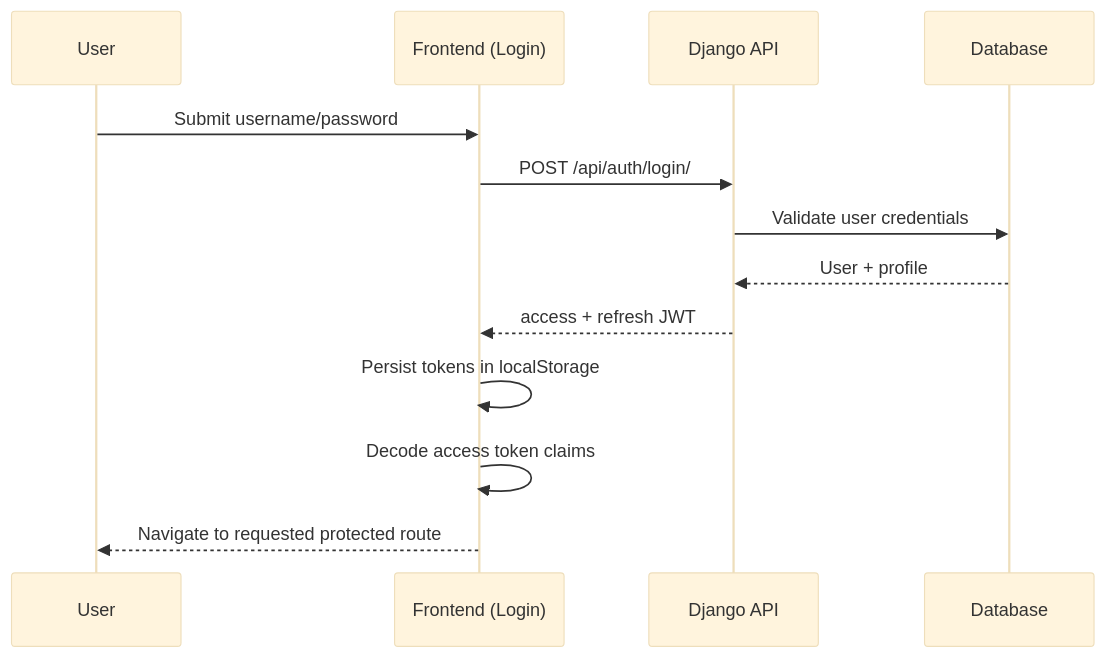
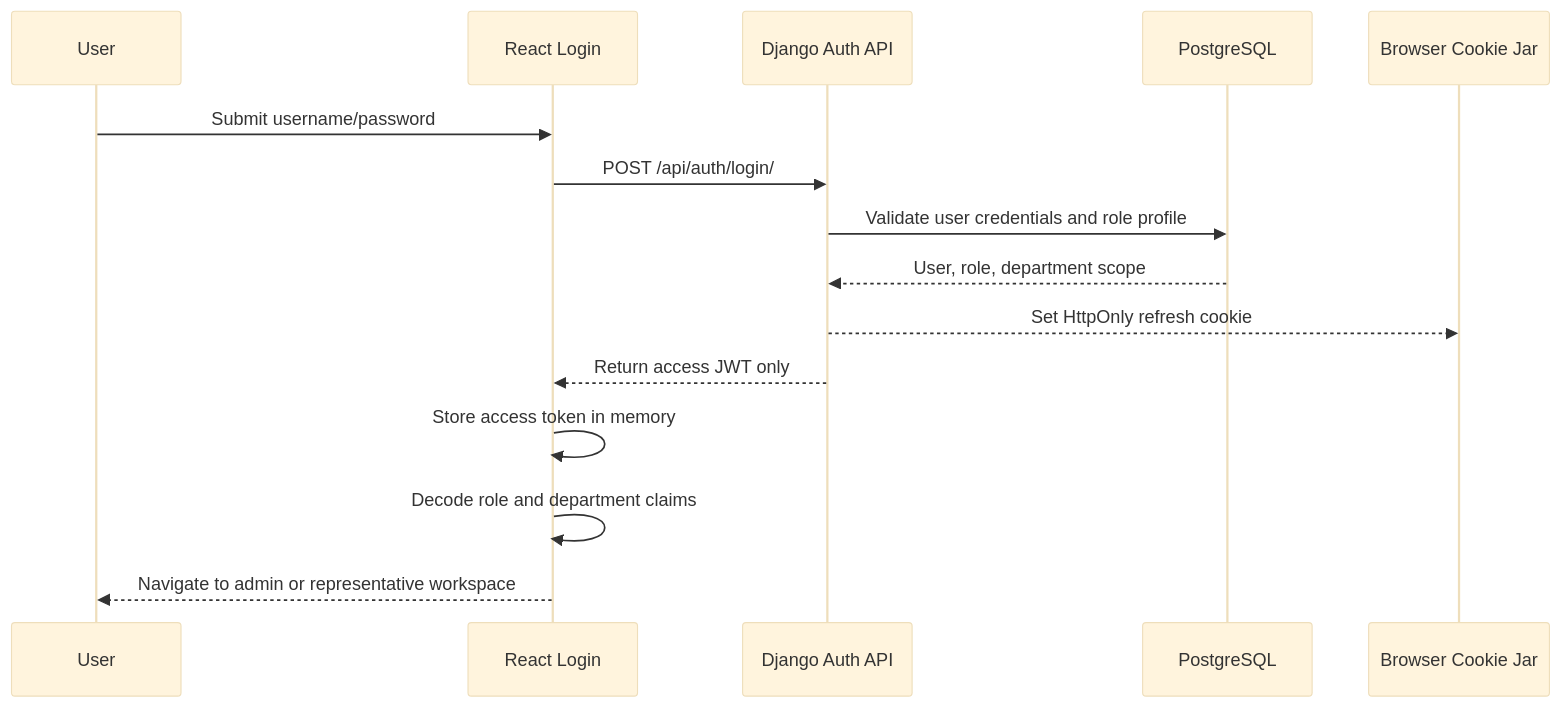
Before and after one commit to avocadoise/EnvergaArena: the first of 14 diagrams in architecture/06-runtime-flows.md, drawn with Mermaid (base theme). The commit also changed other lines of this file and 1 other file, not shown here.

Commit message:
feat: enhance security documentation with detailed authentication flow and token management

````diff
--- a/architecture/06-runtime-flows.md
+++ b/architecture/06-runtime-flows.md
@@ -7,16 +9,18 @@
 ```mermaid
 sequenceDiagram
     participant U as User
-    participant FE as Frontend (Login)
-    participant API as Django API
-    participant DB as Database
+    participant FE as React Login
+    participant API as Django Auth API
+    participant DB as PostgreSQL
+    participant C as Browser Cookie Jar
 
     U->>FE: Submit username/password
     FE->>API: POST /api/auth/login/
-    API->>DB: Validate user credentials
-    DB-->>API: User + profile
-    API-->>FE: access + refresh JWT
-    FE->>FE: Persist tokens in localStorage
-    FE->>FE: Decode access token claims
-    FE-->>U: Navigate to requested protected route
+    API->>DB: Validate user credentials and role profile
+    DB-->>API: User, role, department scope
+    API-->>C: Set HttpOnly refresh cookie
+    API-->>FE: Return access JWT only
+    FE->>FE: Store access token in memory
+    FE->>FE: Decode role and department claims
+    FE-->>U: Navigate to admin or representative workspace
 ```
````
